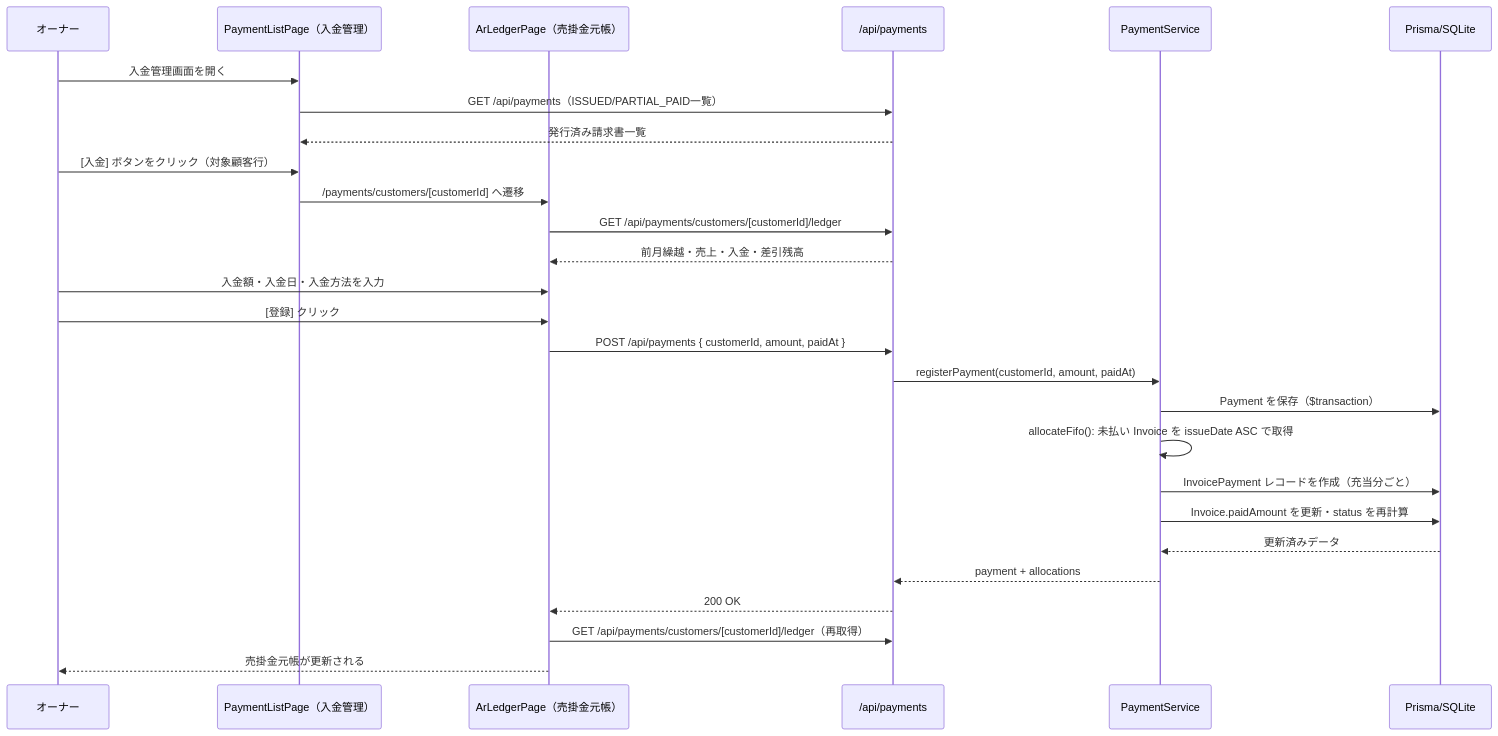
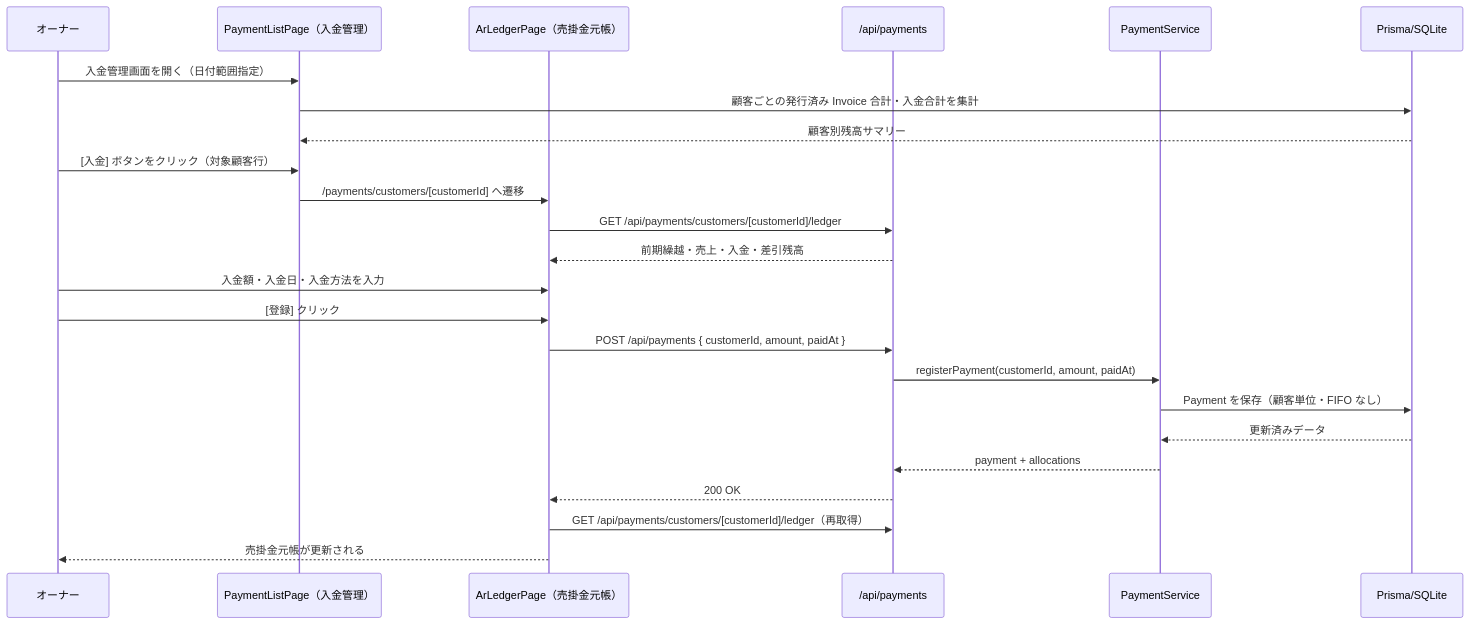
One commit to karitonov/karitonov.github.io changed the fifth of 6 diagrams in docs/ManagementSystem/functional-design.md. Above: the diagram before and after it, drawn with Mermaid. The commit also changed other lines of this file and 4 other files, not shown here.

````diff
--- a/docs/ManagementSystem/functional-design.md
+++ b/docs/ManagementSystem/functional-design.md
@@ -840,32 +777,29 @@
 ```mermaid
 sequenceDiagram
     participant Owner as オーナー
     participant ListUI as PaymentListPage（入金管理）
     participant LedgerUI as ArLedgerPage（売掛金元帳）
     participant API as /api/payments
     participant SVC as PaymentService
     participant DB as Prisma/SQLite
 
-    Owner->>ListUI: 入金管理画面を開く
-    ListUI->>API: GET /api/payments（ISSUED/PARTIAL_PAID一覧）
-    API-->>ListUI: 発行済み請求書一覧
+    Owner->>ListUI: 入金管理画面を開く（日付範囲指定）
+    ListUI->>DB: 顧客ごとの発行済み Invoice 合計・入金合計を集計
+    DB-->>ListUI: 顧客別残高サマリー
     Owner->>ListUI: [入金] ボタンをクリック（対象顧客行）
     ListUI->>LedgerUI: /payments/customers/[customerId] へ遷移
 
     LedgerUI->>API: GET /api/payments/customers/[customerId]/ledger
-    API-->>LedgerUI: 前月繰越・売上・入金・差引残高
+    API-->>LedgerUI: 前期繰越・売上・入金・差引残高
 
     Owner->>LedgerUI: 入金額・入金日・入金方法を入力
     Owner->>LedgerUI: [登録] クリック
     LedgerUI->>API: POST /api/payments { customerId, amount, paidAt }
     API->>SVC: registerPayment(customerId, amount, paidAt)
-    SVC->>DB: Payment を保存（$transaction）
-    SVC->>SVC: allocateFifo(): 未払い Invoice を issueDate ASC で取得
-    SVC->>DB: InvoicePayment レコードを作成（充当分ごと）
-    SVC->>DB: Invoice.paidAmount を更新・status を再計算
+    SVC->>DB: Payment を保存（顧客単位・FIFO なし）
     DB-->>SVC: 更新済みデータ
     SVC-->>API: payment + allocations
     API-->>LedgerUI: 200 OK
     LedgerUI->>API: GET /api/payments/customers/[customerId]/ledger（再取得）
     LedgerUI-->>Owner: 売掛金元帳が更新される
 ```
````
